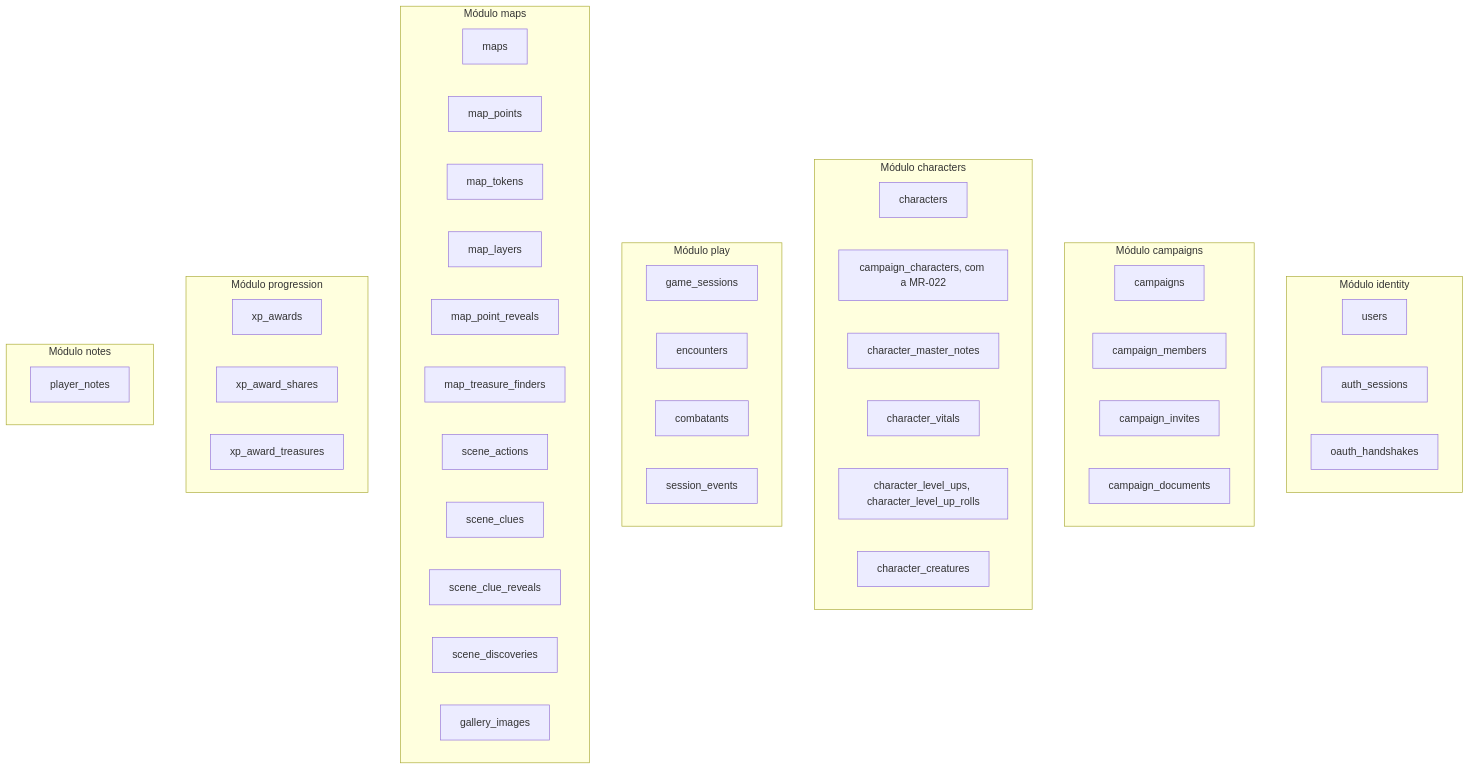
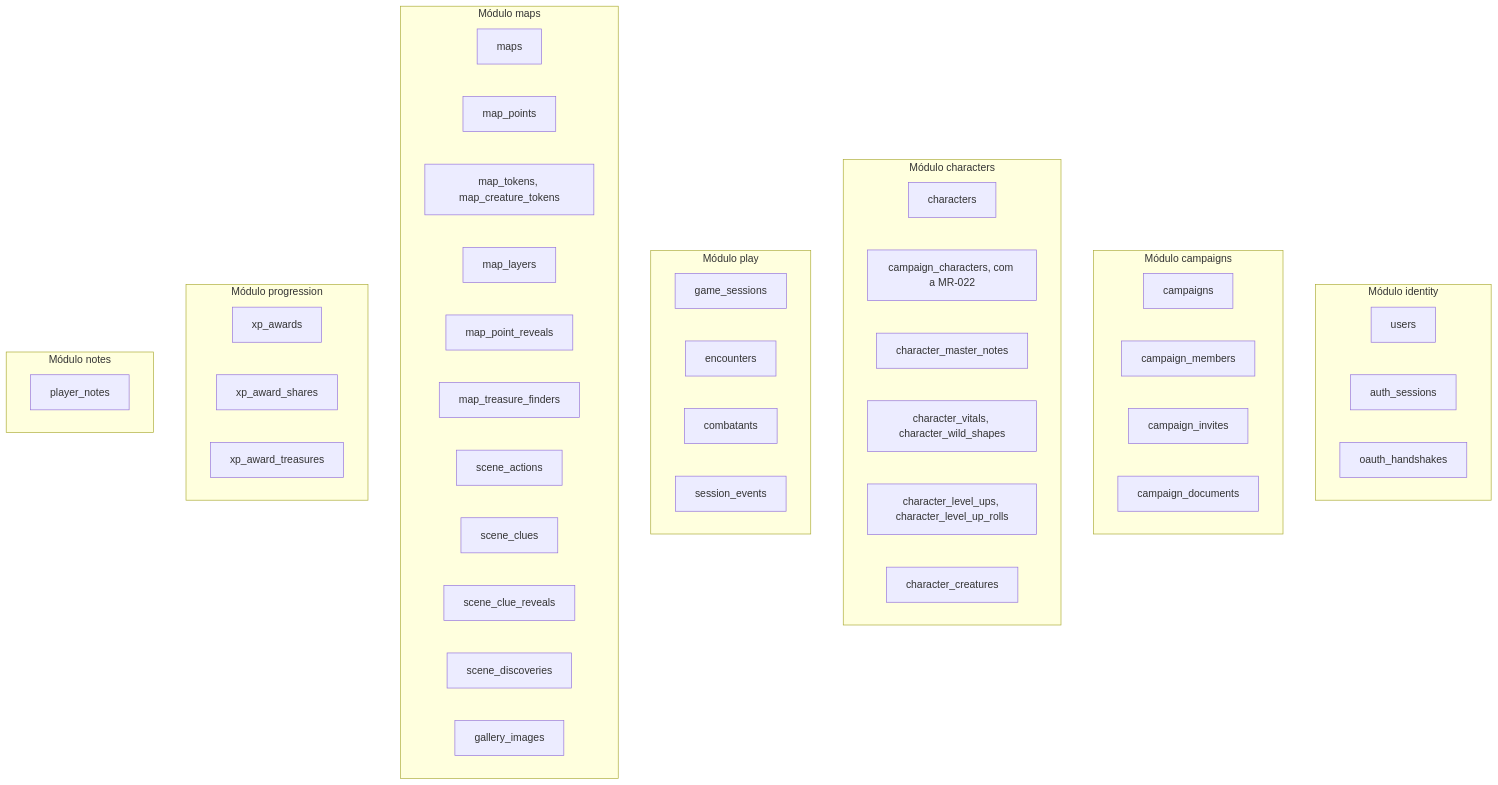
Before and after one commit to PuraFome/meuRPG: the second of 3 diagrams in docs/dados.md, drawn with Mermaid. The commit also changed other lines of this file and 70 other files, not shown here.

First line of the commit message:
feat(characters,play,maps): Wild Shape, the familiar's eyes and creature tokens (Etapa 9)

````diff
--- a/docs/dados.md
+++ b/docs/dados.md
@@ -304,55 +304,55 @@
 ```mermaid
 flowchart TD
     subgraph identity["Módulo identity"]
         t_users["users"]
         t_auth_sessions["auth_sessions"]
         t_oauth_handshakes["oauth_handshakes"]
     end
 
     subgraph campaigns_mod["Módulo campaigns"]
         t_campaigns["campaigns"]
         t_campaign_members["campaign_members"]
         t_campaign_invites["campaign_invites"]
         t_campaign_documents["campaign_documents"]
     end
 
     subgraph characters_mod["Módulo characters"]
         t_characters["characters"]
         t_campaign_characters["campaign_characters, com a MR-022"]
         t_character_master_notes["character_master_notes"]
-        t_character_vitals["character_vitals"]
+        t_character_vitals["character_vitals, character_wild_shapes"]
         t_character_level_ups["character_level_ups, character_level_up_rolls"]
         t_character_creatures["character_creatures"]
     end
 
     subgraph play["Módulo play"]
         t_game_sessions["game_sessions"]
         t_encounters["encounters"]
         t_combatants["combatants"]
         t_session_events["session_events"]
     end
 
     subgraph maps_mod["Módulo maps"]
         t_maps["maps"]
         t_map_points["map_points"]
-        t_map_tokens["map_tokens"]
+        t_map_tokens["map_tokens, map_creature_tokens"]
         t_map_layers["map_layers"]
         t_map_point_reveals["map_point_reveals"]
         t_map_treasure_finders["map_treasure_finders"]
         t_scene_actions["scene_actions"]
         t_scene_clues["scene_clues"]
         t_scene_clue_reveals["scene_clue_reveals"]
         t_scene_discoveries["scene_discoveries"]
         t_gallery_images["gallery_images"]
     end
 
     subgraph progression["Módulo progression"]
         t_xp_awards["xp_awards"]
         t_xp_award_shares["xp_award_shares"]
         t_xp_award_treasures["xp_award_treasures"]
     end
 
     subgraph notes_mod["Módulo notes"]
         t_player_notes["player_notes"]
     end
 ```
````
